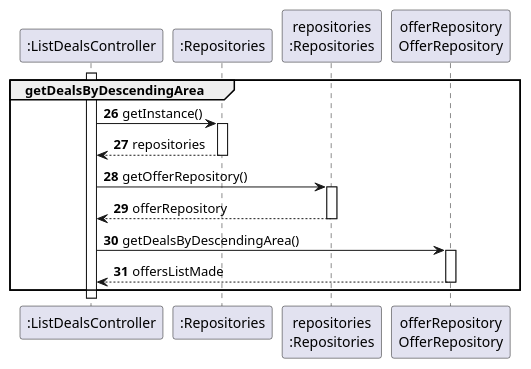
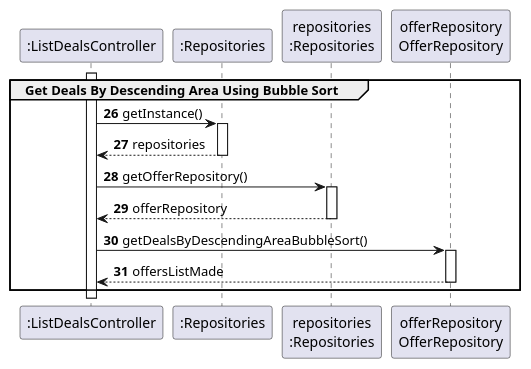
The diagram in docs/sprintD/US017/03.design/puml/us17-sequence-diagram-partial-getDealsByDescendingArea.puml (PureNimble/ISEP-LAPR2), drawn with PlantUML before and after one commit. The commit also changed 30 other files, not shown here.

First line of the commit message:
US17-changing the SSD and SD and adding the spli diagrams that were missing and the respective svg of the partial diagrams and adding questions that were missing on Readme.md located on Requirements Engineering

```diff
--- a/docs/sprintD/US017/03.design/puml/us17-sequence-diagram-partial-getDealsByDescendingArea.puml
+++ b/docs/sprintD/US017/03.design/puml/us17-sequence-diagram-partial-getDealsByDescendingArea.puml
@@ -1,34 +1,34 @@
 @startuml
 
 participant ":ListDealsController" as ListDealsController
 participant ":Repositories" as RepositorySingleton
 participant "repositories\n:Repositories" as PLAT
 participant "offerRepository\nOfferRepository" as OfferRepository
 
 autonumber  26
 
-Group getDealsByDescendingArea
+Group Get Deals By Descending Area Using Bubble Sort
 
 activate ListDealsController
 
                 ListDealsController -> RepositorySingleton : getInstance()
                 activate RepositorySingleton
 
                     RepositorySingleton --> ListDealsController: repositories
                 deactivate RepositorySingleton
 
                 ListDealsController -> PLAT : getOfferRepository()
                 activate PLAT
 
                     PLAT --> ListDealsController: offerRepository
                 deactivate PLAT
 
-                ListDealsController -> OfferRepository : getDealsByDescendingArea()
+                ListDealsController -> OfferRepository : getDealsByDescendingAreaBubbleSort()
                 activate OfferRepository
 
                     OfferRepository --> ListDealsController : offersListMade
                 deactivate OfferRepository
 
 end
 
 @enduml
```
